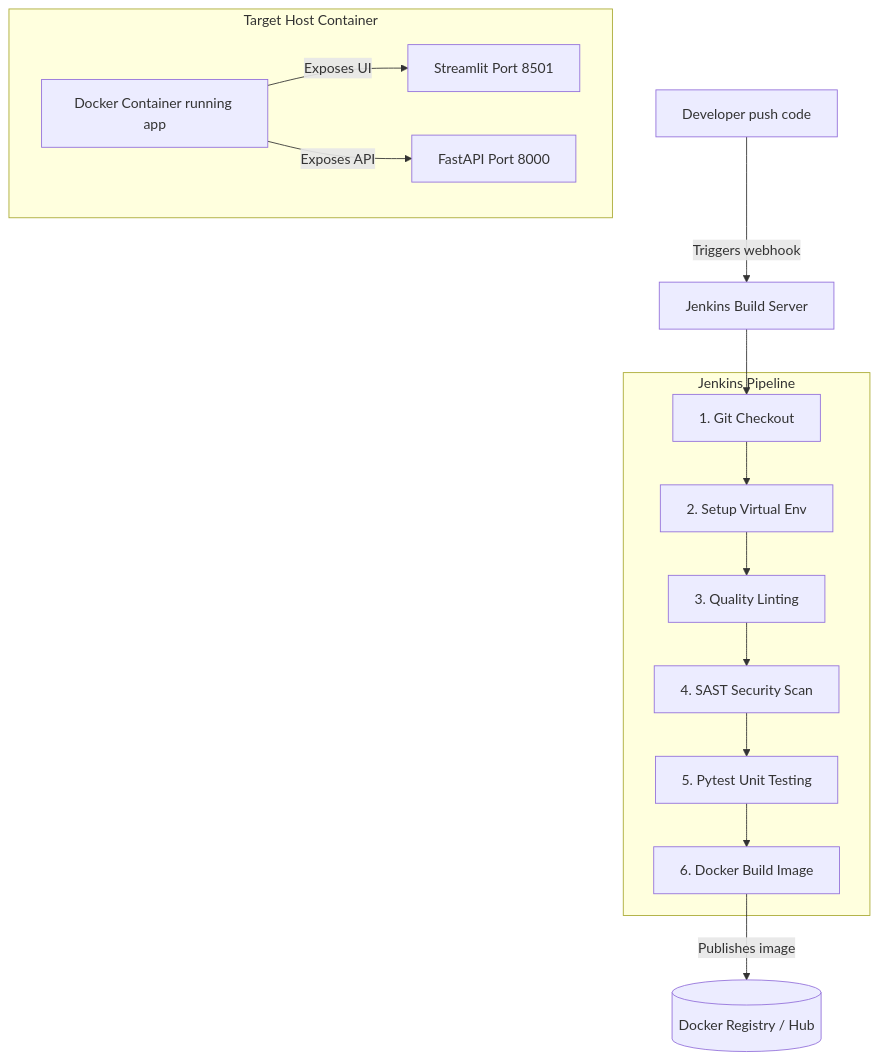
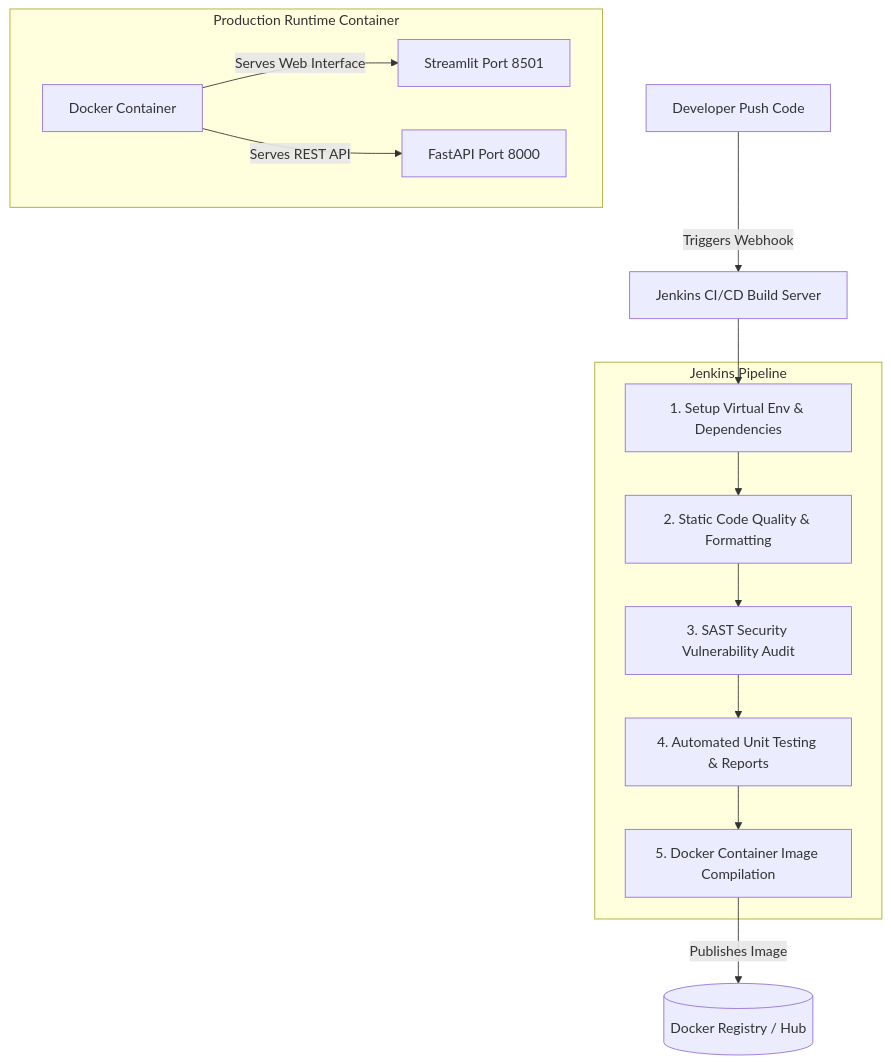
Before and after one commit to SAILESH2508/SENTIMENT-ANALYSIS: the diagram in DEVOPS.md, drawn with Mermaid. The commit also changed other lines of this file and 37 other files, not shown here.

````diff
--- a/DEVOPS.md
+++ b/DEVOPS.md
@@ -15,21 +15,20 @@
 ```mermaid
 graph TD
-    Developer[Developer push code] -->|Triggers webhook| Jenkins_Server[Jenkins Build Server]
-    
+    Developer[Developer Push Code] -->|Triggers Webhook| Jenkins_Server[Jenkins CI/CD Build Server]
+
     subgraph Jenkins Pipeline
-        Stage_Checkout[1. Git Checkout] --> Stage_Venv[2. Setup Virtual Env]
-        Stage_Venv --> Stage_Lint[3. Quality Linting]
-        Stage_Lint --> Stage_Security[4. SAST Security Scan]
-        Stage_Security --> Stage_Tests[5. Pytest Unit Testing]
-        Stage_Tests --> Stage_Docker[6. Docker Build Image]
+        Stage_Venv[1. Setup Virtual Env & Dependencies] --> Stage_Lint[2. Static Code Quality & Formatting]
+        Stage_Lint --> Stage_Security[3. SAST Security Vulnerability Audit]
+        Stage_Security --> Stage_Tests[4. Automated Unit Testing & Reports]
+        Stage_Tests --> Stage_Docker[5. Docker Container Image Compilation]
     end
-    
-    Jenkins_Server --> Stage_Checkout
-    Stage_Docker -->|Publishes image| Docker_Hub[(Docker Registry / Hub)]
-    
-    subgraph Target Host Container
-        Container[Docker Container running app]
-        Container -->|Exposes UI| Port_8501[Streamlit Port 8501]
-        Container -->|Exposes API| Port_8000[FastAPI Port 8000]
+
+    Jenkins_Server --> Stage_Venv
+    Stage_Docker -->|Publishes Image| Docker_Hub[(Docker Registry / Hub)]
+
+    subgraph Production Runtime Container
+        Container[Docker Container]
+        Container -->|Serves Web Interface| Port_8501[Streamlit Port 8501]
+        Container -->|Serves REST API| Port_8000[FastAPI Port 8000]
     end
 ```
````
